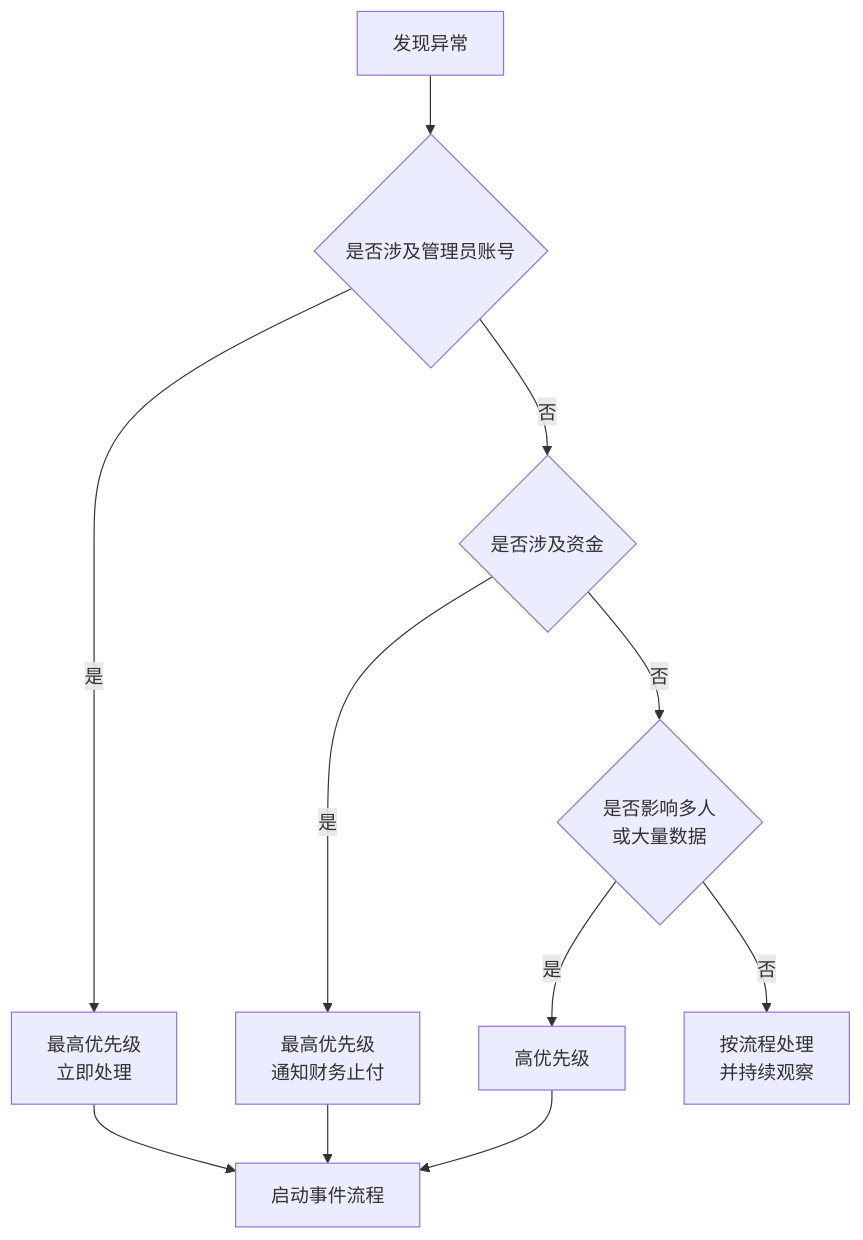
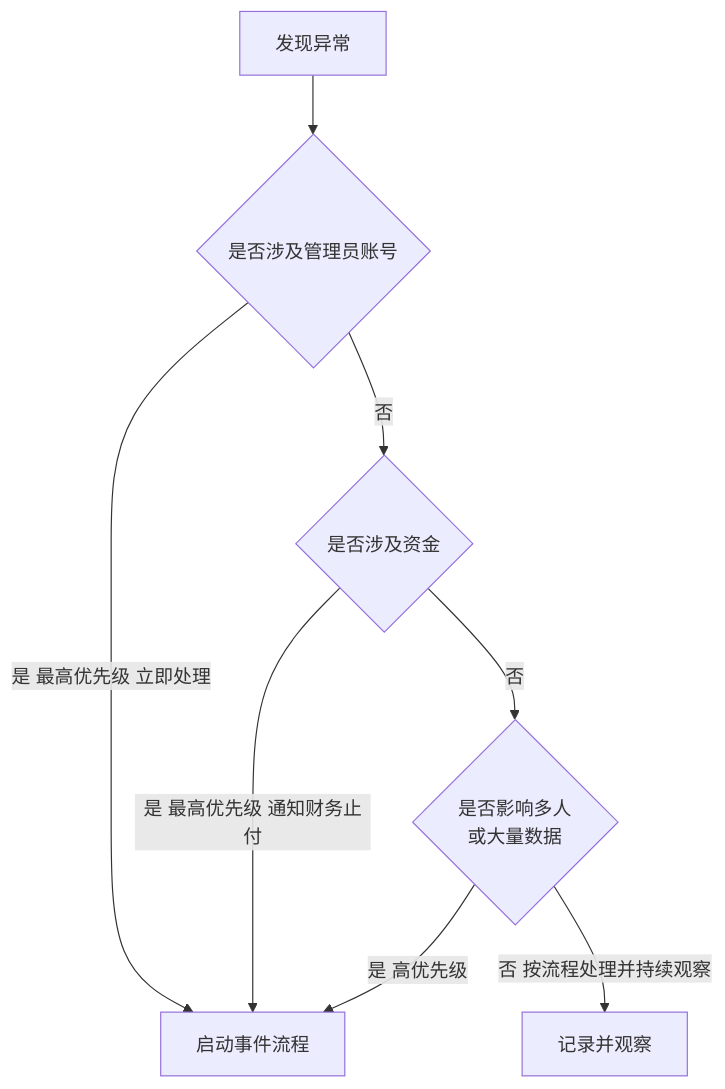
Before and after one commit to zerioo1970/summary: the second of 2 diagrams in Microsoft-365企业导入实施方案/06-上线运维与培训/07-变更管理与安全事件处理.md, drawn with Mermaid. The commit also changed 14 other files, not shown here.

First line of the commit message:
fix(docs): 修正 Mermaid 图渲染问题（15 个文件）

````diff
--- a/Microsoft-365企业导入实施方案/06-上线运维与培训/07-变更管理与安全事件处理.md
+++ b/Microsoft-365企业导入实施方案/06-上线运维与培训/07-变更管理与安全事件处理.md
@@ -161,13 +161,10 @@
 ```mermaid
 graph TD
     A[发现异常] --> B{是否涉及管理员账号}
-    B -->|是| C[最高优先级<br/>立即处理]
+    B -->|是 最高优先级 立即处理| Z[启动事件流程]
     B -->|否| D{是否涉及资金}
-    D -->|是| E[最高优先级<br/>通知财务止付]
+    D -->|是 最高优先级 通知财务止付| Z
     D -->|否| F{是否影响多人<br/>或大量数据}
-    F -->|是| G[高优先级]
-    F -->|否| H[按流程处理<br/>并持续观察]
-    C --> I[启动事件流程]
-    E --> I
-    G --> I
+    F -->|是 高优先级| Z
+    F -->|否 按流程处理并持续观察| Y[记录并观察]
 ```
````
